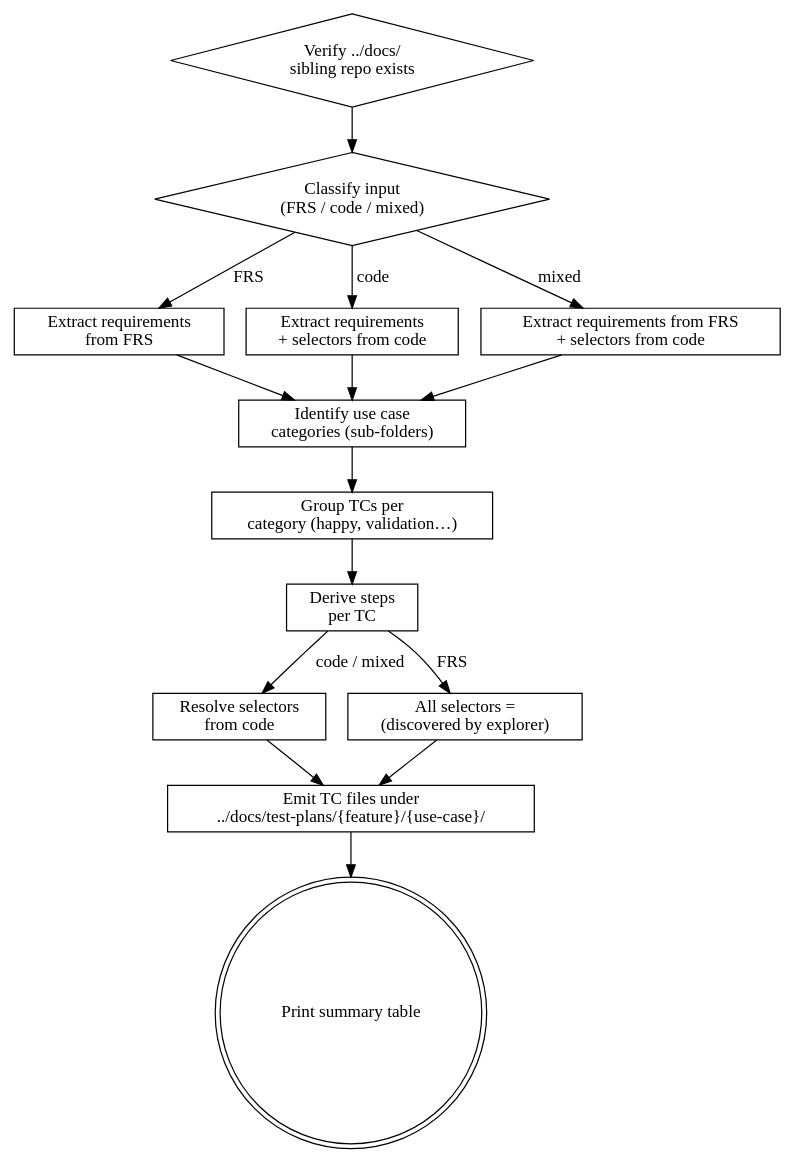
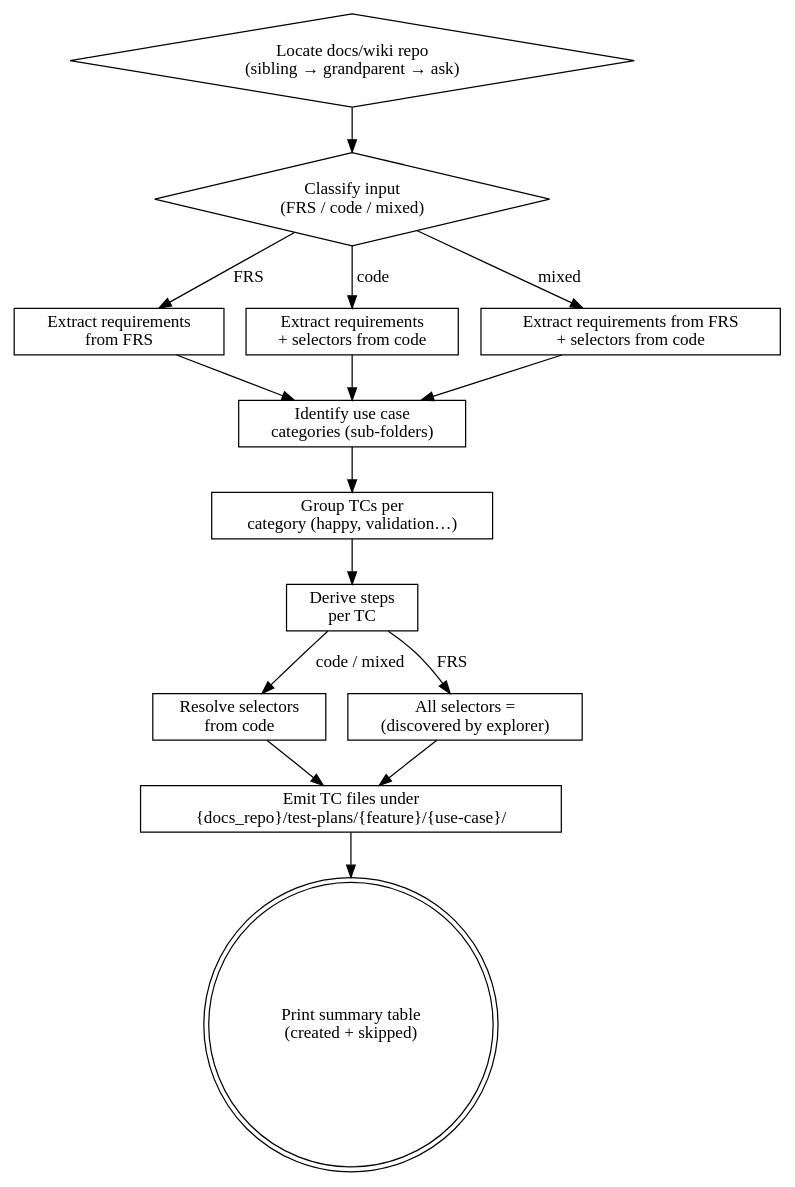
Before and after one commit to thapaliyabikendra/agentic-dev-flow: the diagram in plugins/agentic-flow/skills/generate-test-plan/SKILL.md, drawn with Graphviz. The commit also changed other lines of this file and 1 other file, not shown here.

````diff
--- a/plugins/agentic-flow/skills/generate-test-plan/SKILL.md
+++ b/plugins/agentic-flow/skills/generate-test-plan/SKILL.md
@@ -171,33 +194,33 @@
 ```dot
 digraph process {
     rankdir=TB;
 
-    verify_ws [label="Verify ../docs/\nsibling repo exists" shape=diamond];
+    locate [label="Locate docs/wiki repo\n(sibling → grandparent → ask)" shape=diamond];
     classify [label="Classify input\n(FRS / code / mixed)" shape=diamond];
     extract_frs [label="Extract requirements\nfrom FRS" shape=box];
     extract_code [label="Extract requirements\n+ selectors from code" shape=box];
     extract_mixed [label="Extract requirements from FRS\n+ selectors from code" shape=box];
     categories [label="Identify use case\ncategories (sub-folders)" shape=box];
     group [label="Group TCs per\ncategory (happy, validation…)" shape=box];
     steps [label="Derive steps\nper TC" shape=box];
     selectors [label="Resolve selectors\nfrom code" shape=box];
     skip_sel [label="All selectors =\n(discovered by explorer)" shape=box];
-    emit [label="Emit TC files under\n../docs/test-plans/{feature}/{use-case}/" shape=box];
-    summary [label="Print summary table" shape=doublecircle];
+    emit [label="Emit TC files under\n{docs_repo}/test-plans/{feature}/{use-case}/" shape=box];
+    summary [label="Print summary table\n(created + skipped)" shape=doublecircle];
 
-    verify_ws -> classify;
+    locate -> classify;
     classify -> extract_frs [label="FRS"];
     classify -> extract_code [label="code"];
     classify -> extract_mixed [label="mixed"];
     extract_frs -> categories;
     extract_code -> categories;
     extract_mixed -> categories;
     categories -> group;
     group -> steps;
     steps -> selectors [label="code / mixed"];
     steps -> skip_sel [label="FRS"];
     selectors -> emit;
     skip_sel -> emit;
     emit -> summary;
 }
 ```
````
